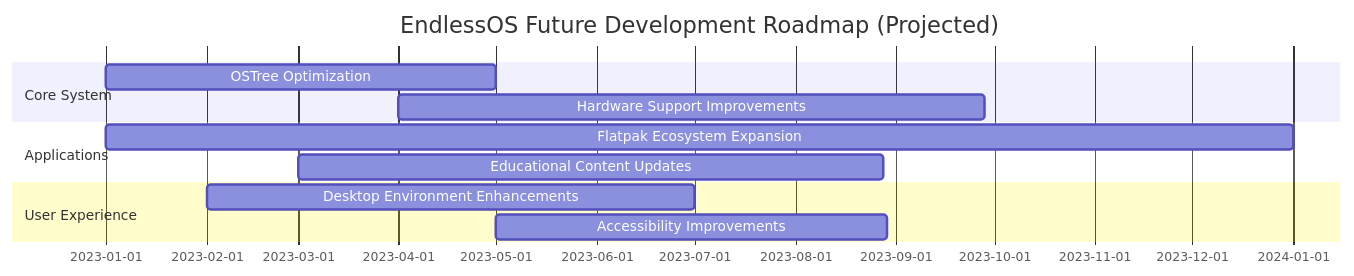
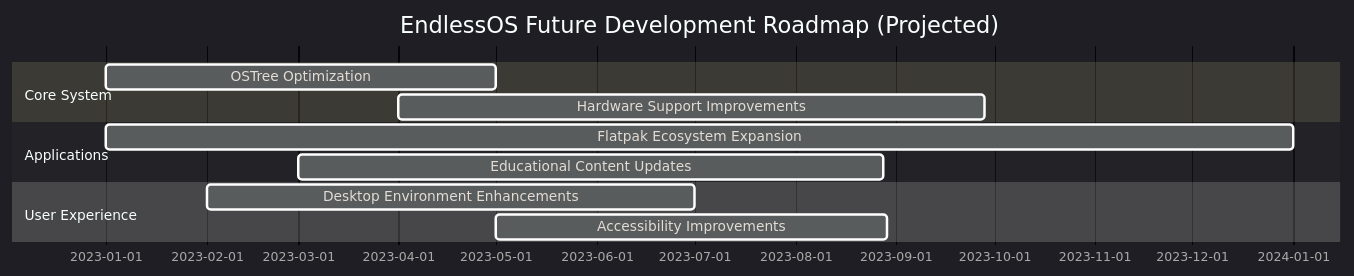
Before and after one commit to Ananya-Addisu/Endless-OS: the fifth of 9 diagrams in README.md, drawn with Mermaid. The commit also changed other lines of this file, not shown here.

````diff
--- a/README.md
+++ b/README.md
@@ -323,14 +364,15 @@
 ```mermaid
+%%{init: {'theme': 'dark'}}%%
 gantt
     title EndlessOS Future Development Roadmap (Projected)
     dateFormat  YYYY-MM-DD
     section Core System
     OSTree Optimization            :2023-01-01, 120d
     Hardware Support Improvements  :2023-04-01, 180d
     section Applications
     Flatpak Ecosystem Expansion    :2023-01-01, 365d
     Educational Content Updates    :2023-03-01, 180d
     section User Experience
     Desktop Environment Enhancements :2023-02-01, 150d
     Accessibility Improvements     :2023-05-01, 120d
 ```
````
